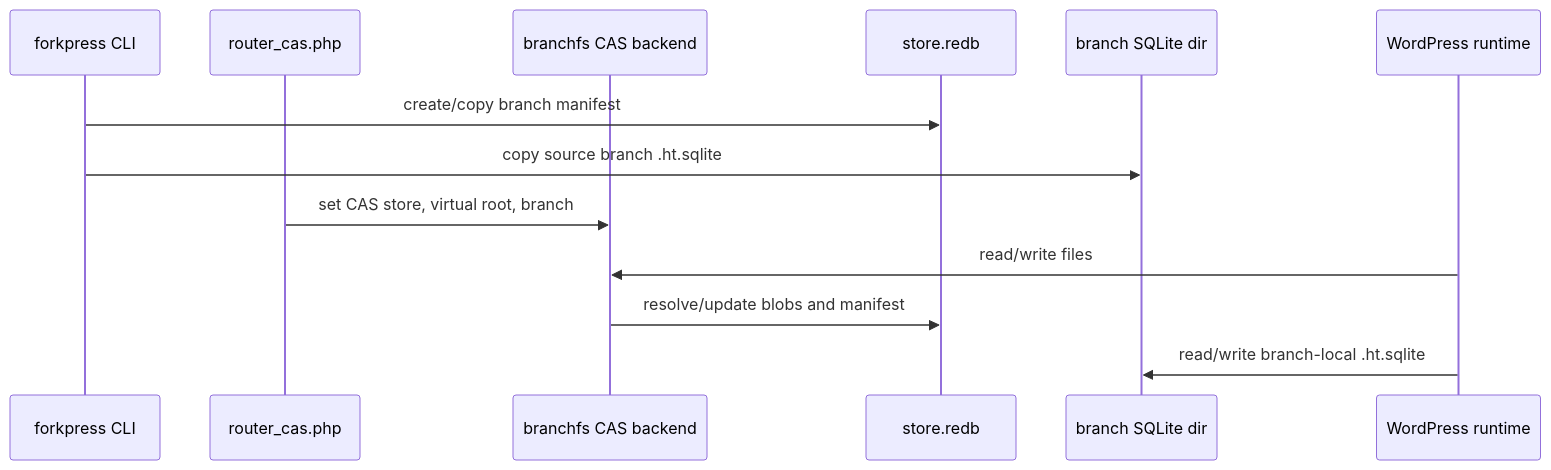
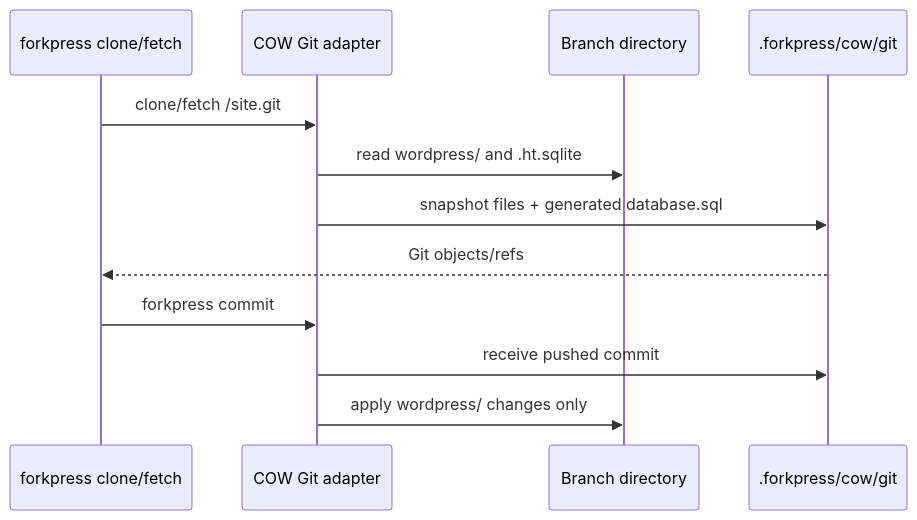
One commit to Automattic/forkpress changed the second of 2 diagrams in docs/storage-drivers.md. Above: the diagram before and after it, drawn with Mermaid. The commit also changed other lines of this file and 6 other files, not shown here.

Commit message:
Make COW strategy support Git workflows

````diff
--- a/docs/storage-drivers.md
+++ b/docs/storage-drivers.md
@@ -173,16 +109,16 @@
 ```mermaid
 sequenceDiagram
-    participant CLI as forkpress CLI
-    participant Router as router_cas.php
-    participant BranchFS as branchfs CAS backend
-    participant Redb as store.redb
-    participant DB as branch SQLite dir
-    participant WP as WordPress runtime
+    participant CLI as forkpress clone/fetch
+    participant Git as COW Git adapter
+    participant Dir as Branch directory
+    participant Repo as .forkpress/cow/git
 
-    CLI->>Redb: create/copy branch manifest
-    CLI->>DB: copy source branch .ht.sqlite
-    Router->>BranchFS: set CAS store, virtual root, branch
-    WP->>BranchFS: read/write files
-    BranchFS->>Redb: resolve/update blobs and manifest
-    WP->>DB: read/write branch-local .ht.sqlite
+    CLI->>Git: clone/fetch /site.git
+    Git->>Dir: read wordpress/ and .ht.sqlite
+    Git->>Repo: snapshot files + generated database.sql
+    Repo-->>CLI: Git objects/refs
+
+    CLI->>Git: forkpress commit
+    Git->>Repo: receive pushed commit
+    Git->>Dir: apply wordpress/ changes only
 ```
````
